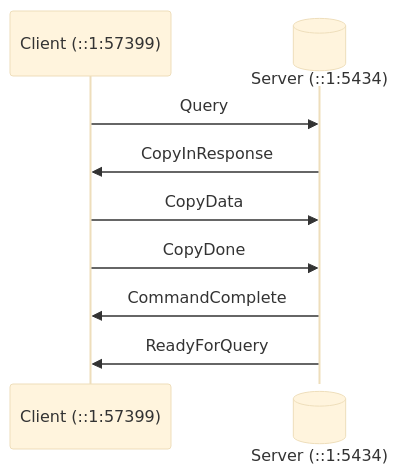
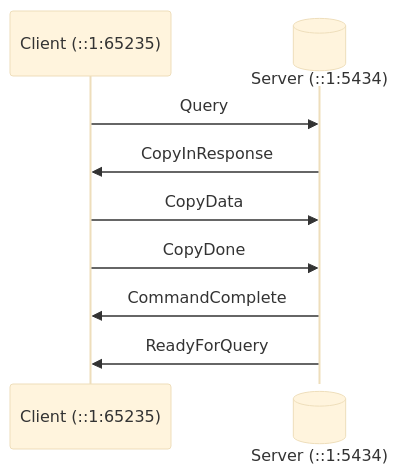
One commit to xfischer/pg_protoexport changed the diagram in docs/examples/exports/pagila-12-copy-in-binary/capture.mermaid.seq.md. Above: the diagram before and after it, drawn with Mermaid (base theme). The commit also changed 135 other files, not shown here.

````diff
--- a/docs/examples/exports/pagila-12-copy-in-binary/capture.mermaid.seq.md
+++ b/docs/examples/exports/pagila-12-copy-in-binary/capture.mermaid.seq.md
@@ -2,11 +2,11 @@
 ```mermaid
 sequenceDiagram
-    participant C as Client (::1:57399)
+    participant C as Client (::1:65235)
     participant S@{ "type" : "database" } as Server (::1:5434)
     C->>S: Query
     S->>C: CopyInResponse
     C->>S: CopyData
     C->>S: CopyDone
     S->>C: CommandComplete
     S->>C: ReadyForQuery
 ```
````
